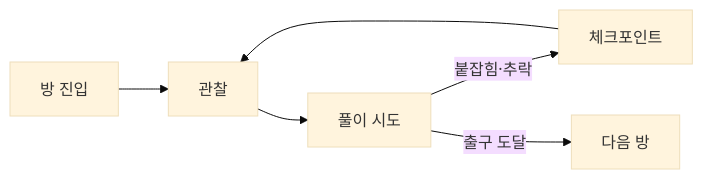
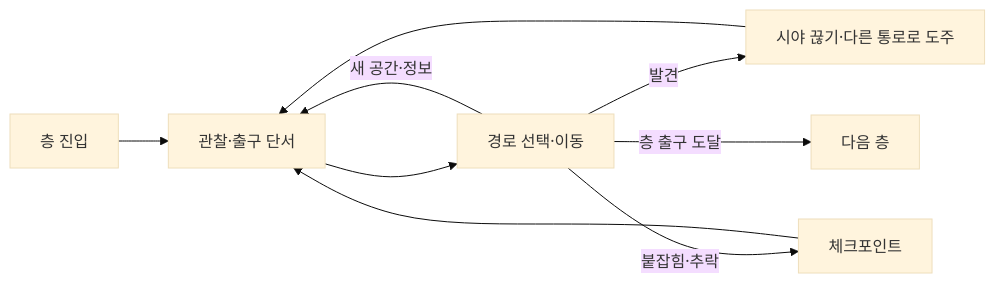
Before and after one commit to SongYeChan1024/After_Seconds: the second of 2 diagrams in Docs/AfterSeconds_메인기획서.md, drawn with Mermaid (base theme). The commit also changed other lines of this file and 521 other files, not shown here.

````diff
--- a/Docs/AfterSeconds_메인기획서.md
+++ b/Docs/AfterSeconds_메인기획서.md
@@ -158,8 +164,11 @@
 ```mermaid
 flowchart LR
-  E[방 진입] --> F[관찰]
-  F --> G[풀이 시도]
+  E[층 진입] --> F[관찰·출구 단서]
+  F --> G[경로 선택·이동]
+  G -->|새 공간·정보| F
+  G -->|발견| J[시야 끊기·다른 통로로 도주]
+  J --> F
   G -->|붙잡힘·추락| H[체크포인트]
   H --> F
-  G -->|출구 도달| I[다음 방]
+  G -->|층 출구 도달| I[다음 층]
 ```
````
